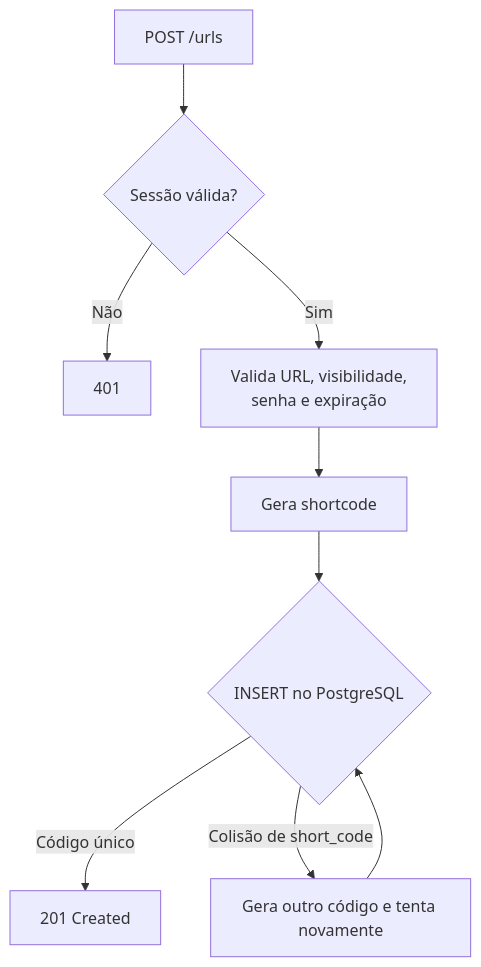
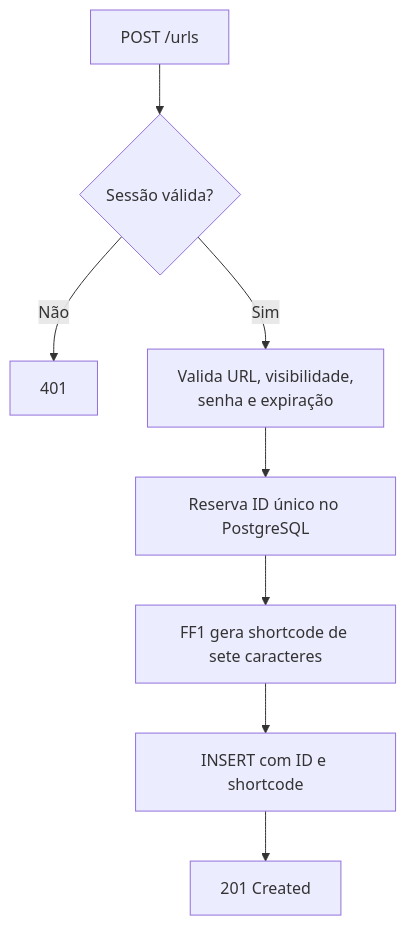
The second of 6 diagrams in docs/short-links.md (fredsaggio/shortbit), drawn with Mermaid before and after one commit. The commit also changed other lines of this file and 4 other files, not shown here.

Commit message:
feat(docs): update data model, glossary, and short links documentation for new shortcode strategy and implementation details

````diff
--- a/docs/short-links.md
+++ b/docs/short-links.md
@@ -53,11 +63,10 @@
 ```mermaid
 flowchart TD
     Request[POST /urls] --> Auth{Sessão válida?}
     Auth -- Não --> Unauthorized[401]
     Auth -- Sim --> Validate[Valida URL, visibilidade,<br/>senha e expiração]
-    Validate --> Generate[Gera shortcode]
-    Generate --> Insert{INSERT no PostgreSQL}
-    Insert -- Código único --> Created[201 Created]
-    Insert -- Colisão de short_code --> Retry[Gera outro código e tenta novamente]
-    Retry --> Insert
+    Validate --> Allocate[Reserva ID único no PostgreSQL]
+    Allocate --> Encode[FF1 gera shortcode de sete caracteres]
+    Encode --> Insert[INSERT com ID e shortcode]
+    Insert --> Created[201 Created]
 ```
````
